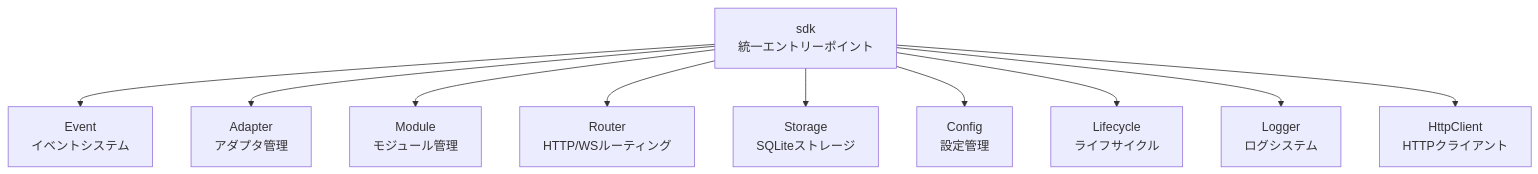
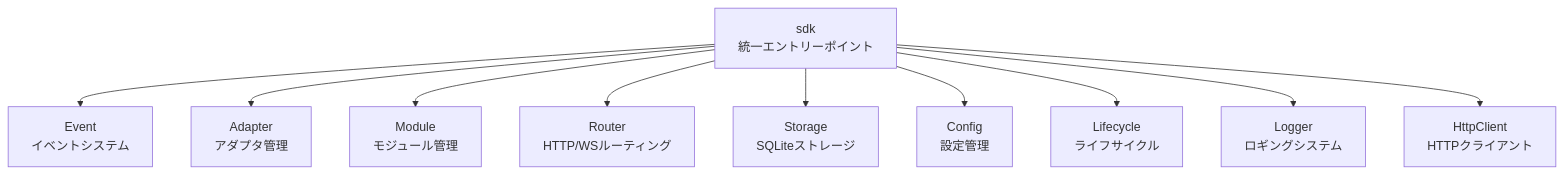
The second of 2 diagrams in README.ja.md (ErisPulse/ErisPulse), drawn with Mermaid before and after one commit. The commit also changed other lines of this file and 31 other files, not shown here.

````diff
--- a/README.ja.md
+++ b/README.ja.md
@@ -541,14 +500,14 @@
 ```mermaid
 graph TB
     SDK["sdk<br/>統一エントリーポイント"]
 
     SDK --> Event["Event<br/>イベントシステム"]
     SDK --> AdapterMgr["Adapter<br/>アダプタ管理"]
     SDK --> ModuleMgr["Module<br/>モジュール管理"]
     SDK --> Router["Router<br/>HTTP/WSルーティング"]
     SDK --> Storage["Storage<br/>SQLiteストレージ"]
     SDK --> Config["Config<br/>設定管理"]
     SDK --> Lifecycle["Lifecycle<br/>ライフサイクル"]
-    SDK --> Logger["Logger<br/>ログシステム"]
+    SDK --> Logger["Logger<br/>ロギングシステム"]
     SDK --> Client["HttpClient<br/>HTTPクライアント"]
 ```
````
